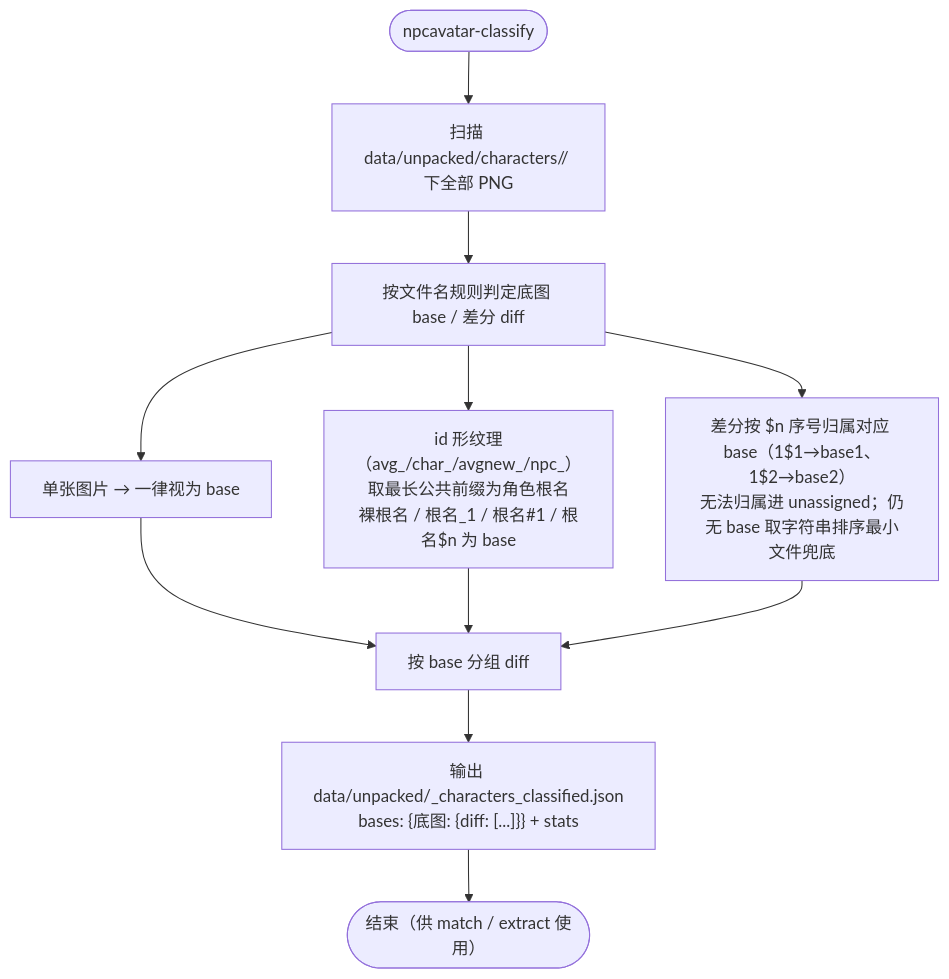
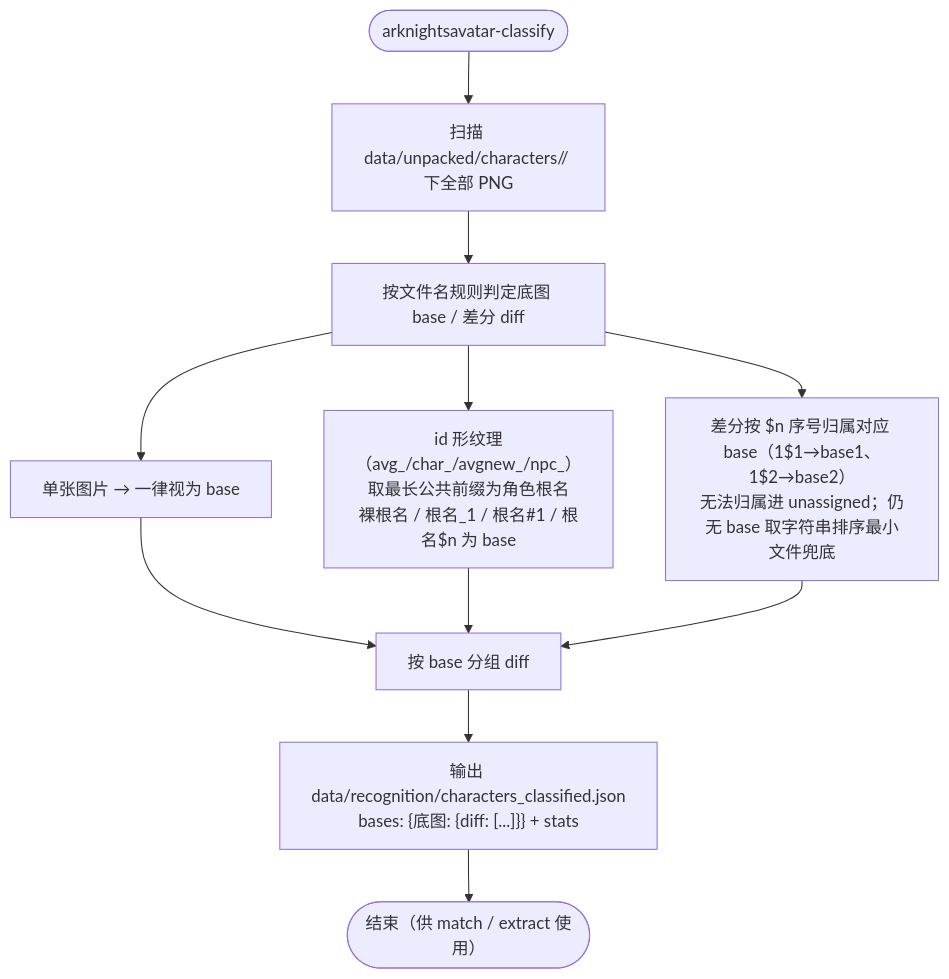
The fourth of 11 diagrams in docs/生产流程图.md (Arkfans/ArknightsAvatar), drawn with Mermaid before and after one commit. The commit also changed other lines of this file and 120 other files, not shown here.

````diff
--- a/docs/生产流程图.md
+++ b/docs/生产流程图.md
@@ -115,13 +147,13 @@
 ```mermaid
 flowchart TD
-    Start(["npcavatar-classify"]) --> Scan["扫描 data/unpacked/characters/<npc_id>/ 下全部 PNG"]
+    Start(["arknightsavatar-classify"]) --> Scan["扫描 data/unpacked/characters/<npc_id>/ 下全部 PNG"]
     Scan --> Rule["按文件名规则判定底图 base / 差分 diff"]
     Rule --> R1["单张图片 → 一律视为 base"]
     Rule --> R2["id 形纹理（avg_/char_/avgnew_/npc_）取最长公共前缀为角色根名<br/>裸根名 / 根名_1 / 根名#1 / 根名$n 为 base"]
     Rule --> R3["差分按 $n 序号归属对应 base（1$1→base1、1$2→base2）<br/>无法归属进 unassigned；仍无 base 取字符串排序最小文件兜底"]
     R1 --> Group["按 base 分组 diff"]
     R2 --> Group
     R3 --> Group
-    Group --> Out["输出 data/unpacked/_characters_classified.json<br/>bases: {底图: {diff: [...]}} + stats"]
+    Group --> Out["输出 data/recognition/characters_classified.json<br/>bases: {底图: {diff: [...]}} + stats"]
     Out --> Done(["结束（供 match / extract 使用）"])
 ```
````
